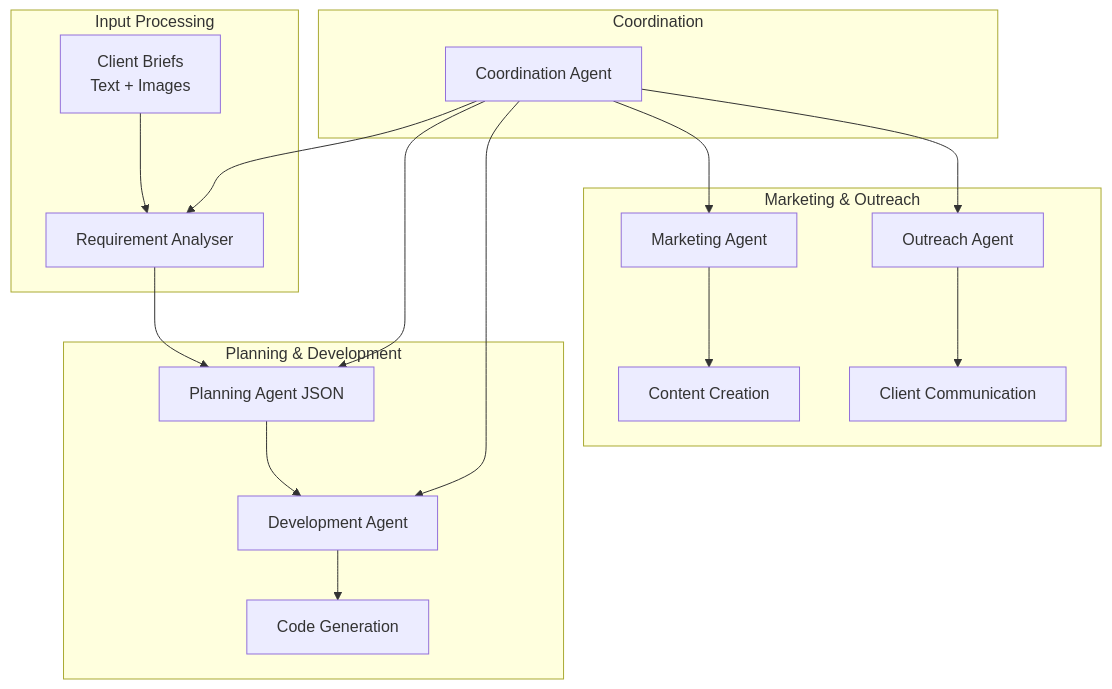
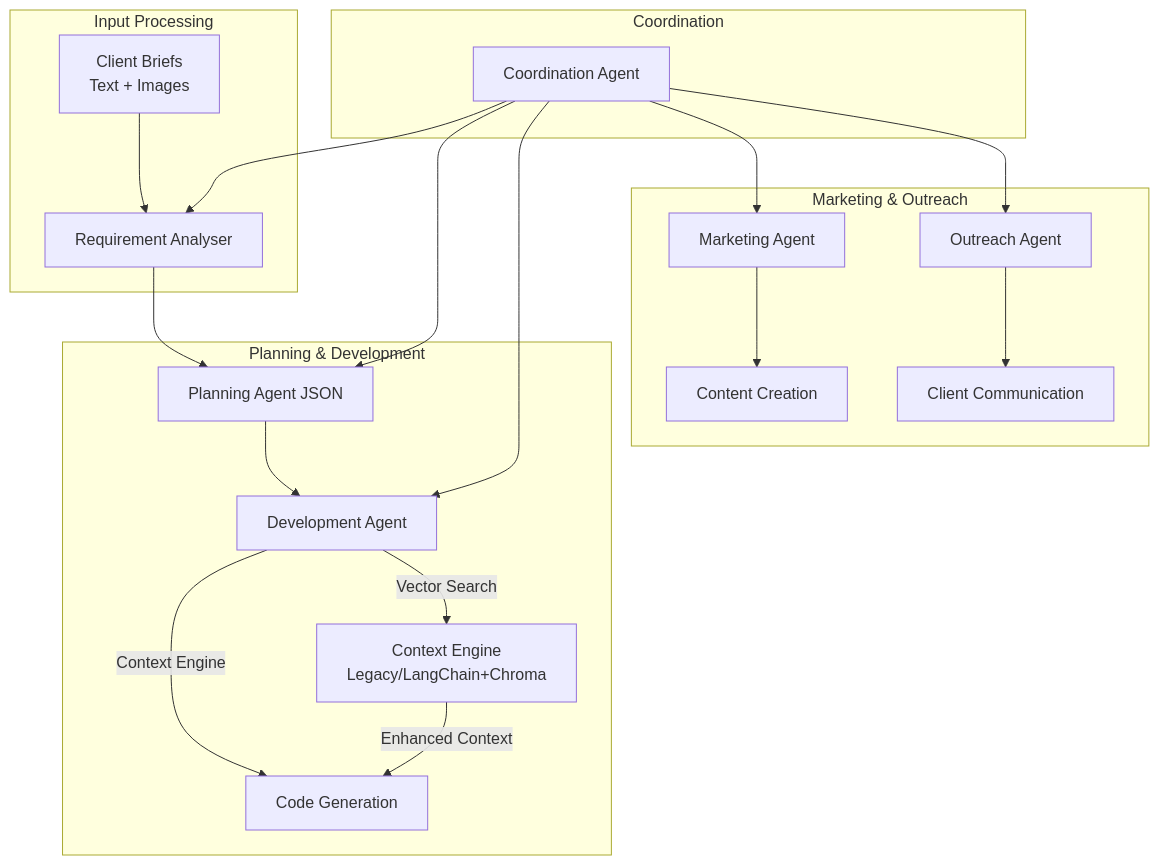
One commit to arkb75/SoloPilot changed the diagram in README.md. Above: the diagram before and after it, drawn with Mermaid. The commit also changed other lines of this file and 9 other files, not shown here.

First line of the commit message:
feat(context-engine): enhance context engine with factory pattern and performance optimizations

````diff
--- a/README.md
+++ b/README.md
@@ -42,25 +42,27 @@
 ```mermaid
 flowchart TD
     subgraph "Input Processing"
         A[Client Briefs<br/>Text + Images] --> B[Requirement Analyser]
     end
     
     subgraph "Planning & Development"
         B --> C[Planning Agent JSON]
         C --> D[Development Agent]
-        D --> E[Code Generation]
+        D --> |Context Engine| E[Code Generation]
+        D --> |Vector Search| F[Context Engine<br/>Legacy/LangChain+Chroma]
+        F --> |Enhanced Context| E
     end
     
     subgraph "Marketing & Outreach"
-        F[Marketing Agent] --> G[Content Creation]
-        H[Outreach Agent] --> I[Client Communication]
+        G[Marketing Agent] --> H[Content Creation]
+        I[Outreach Agent] --> J[Client Communication]
     end
     
     subgraph "Coordination"
-        J[Coordination Agent] --> B
-        J --> C
-        J --> D
-        J --> F
-        J --> H
+        K[Coordination Agent] --> B
+        K --> C
+        K --> D
+        K --> G
+        K --> I
     end
 ```
````
